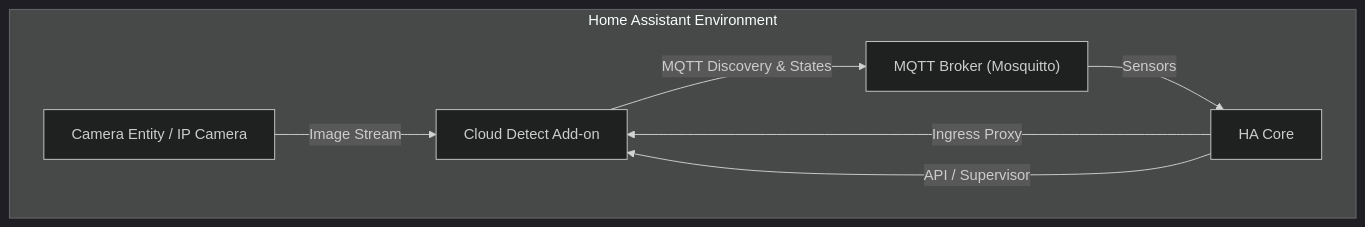
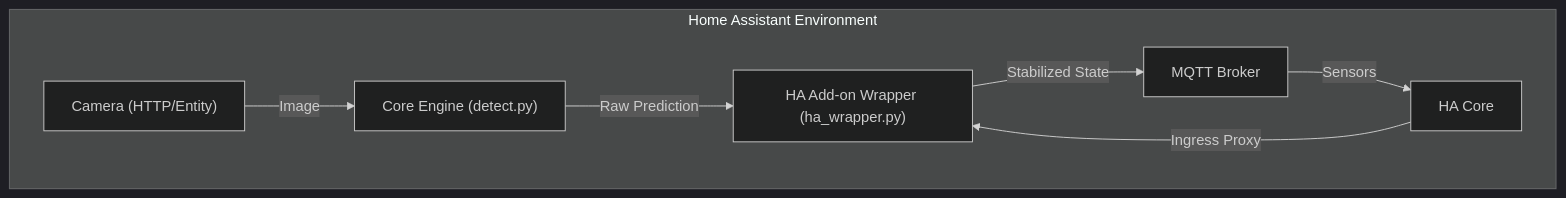
One commit to DIYAstro-Obs/ha-SimpleCloudDetect changed the first of 3 diagrams in ha_addon/architecture.md. Above: the diagram before and after it, drawn with Mermaid (dark theme). The commit also changed other lines of this file, not shown here.

First line of the commit message:
docs(ha-addon): align architecture.md with the add-on

````diff
--- a/ha_addon/architecture.md
+++ b/ha_addon/architecture.md
@@ -13,15 +21,16 @@
 ```mermaid
 graph TD
     subgraph "Home Assistant Environment"
-        Addon["Cloud Detect Add-on"]
+        Addon["HA Add-on Wrapper (ha_wrapper.py)"]
+        Core["Core Engine (detect.py)"]
         HA_Core["HA Core"]
-        MQTT_Broker["MQTT Broker (Mosquitto)"]
-        Camera["Camera Entity / IP Camera"]
+        MQTT_Broker["MQTT Broker"]
+        Camera["Camera (HTTP/Entity)"]
     end
 
-    Camera -- Image Stream --> Addon
-    Addon -- MQTT Discovery & States --> MQTT_Broker
+    Camera -- Image --> Core
+    Core -- Raw Prediction --> Addon
+    Addon -- Stabilized State --> MQTT_Broker
     MQTT_Broker -- Sensors --> HA_Core
     HA_Core -- Ingress Proxy --> Addon
-    HA_Core -- API / Supervisor --> Addon
 ```
````
